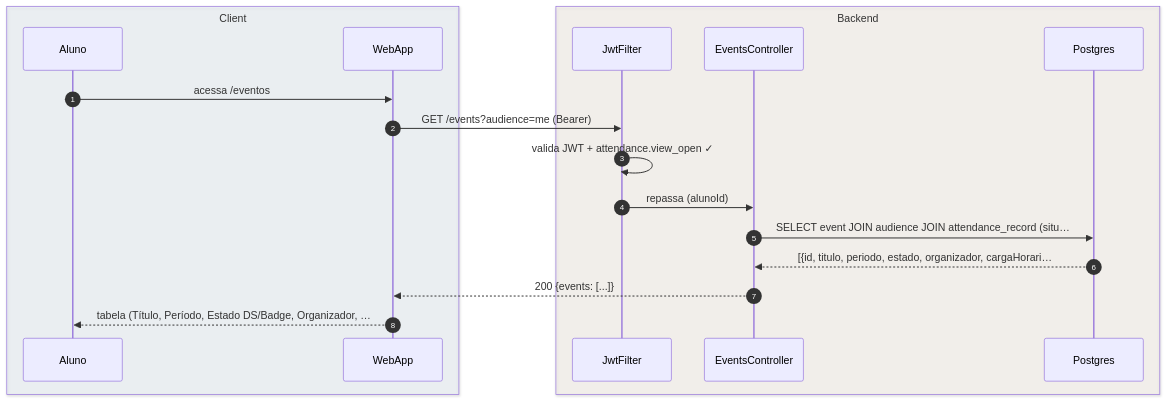
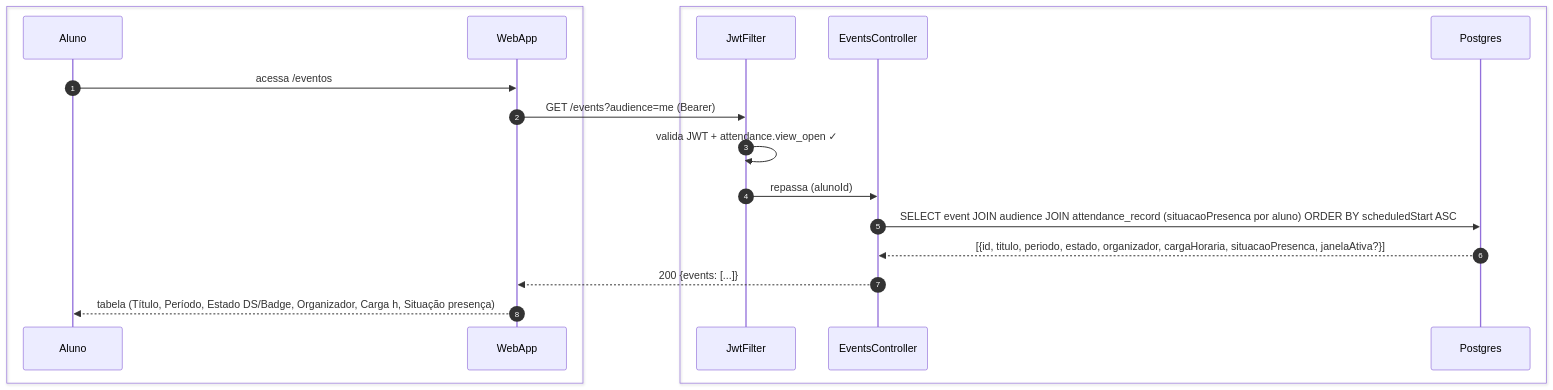
The first of 5 diagrams in foundationDocs/sequenceDiagrams/F1 — Aluno/US-F1-009-PRESENCA.md (umishell/secretariaOnline2), drawn with Mermaid before and after one commit. The commit also changed other lines of this file and 70 other files, not shown here.

First line of the commit message:
Enhance database documentation and introduce new schema files

````diff
--- a/foundationDocs/sequenceDiagrams/F1 — Aluno/US-F1-009-PRESENCA.md
+++ b/foundationDocs/sequenceDiagrams/F1 — Aluno/US-F1-009-PRESENCA.md
@@ -54,22 +54,22 @@
 ```mermaid
 sequenceDiagram
     autonumber
-    box rgba(230,245,255,0.3) Client
+    box #e8f4fc Cliente
         participant Aluno
         participant WebApp
     end
-    box rgba(255,245,230,0.3) Backend
+    box #fff8ee Servidor
         participant JwtFilter
         participant EventsController
         participant Postgres
     end
 
     Aluno->>WebApp: acessa /eventos
     WebApp->>JwtFilter: GET /events?audience=me (Bearer)
     JwtFilter->>JwtFilter: valida JWT + attendance.view_open ✓
     JwtFilter->>EventsController: repassa (alunoId)
-    EventsController->>Postgres: SELECT event JOIN audience JOIN attendance_record (situ…
-    Postgres-->>EventsController: [{id, titulo, periodo, estado, organizador, cargaHorari…
+    EventsController->>Postgres: SELECT event JOIN audience JOIN attendance_record (situacaoPresenca por aluno) ORDER BY scheduledStart ASC
+    Postgres-->>EventsController: [{id, titulo, periodo, estado, organizador, cargaHoraria, situacaoPresenca, janelaAtiva?}]
     EventsController-->>WebApp: 200 {events: [...]}
-    WebApp-->>Aluno: tabela (Título, Período, Estado DS/Badge, Organizador, …
+    WebApp-->>Aluno: tabela (Título, Período, Estado DS/Badge, Organizador, Carga h, Situação presença)
 ```
````
